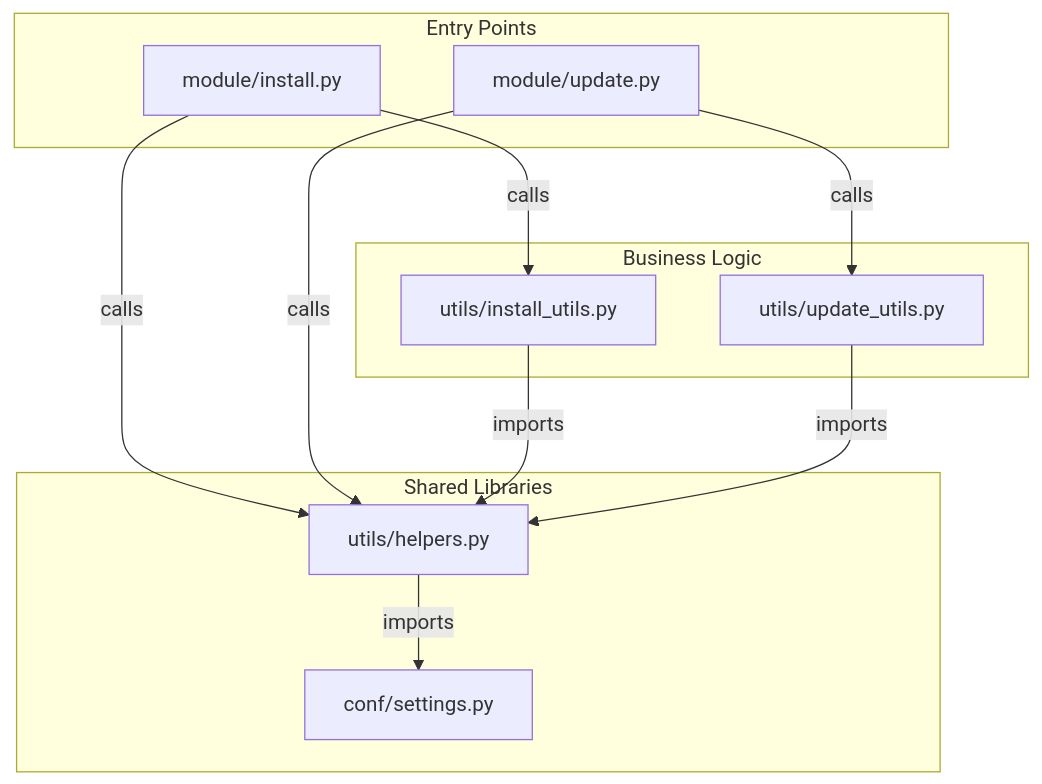
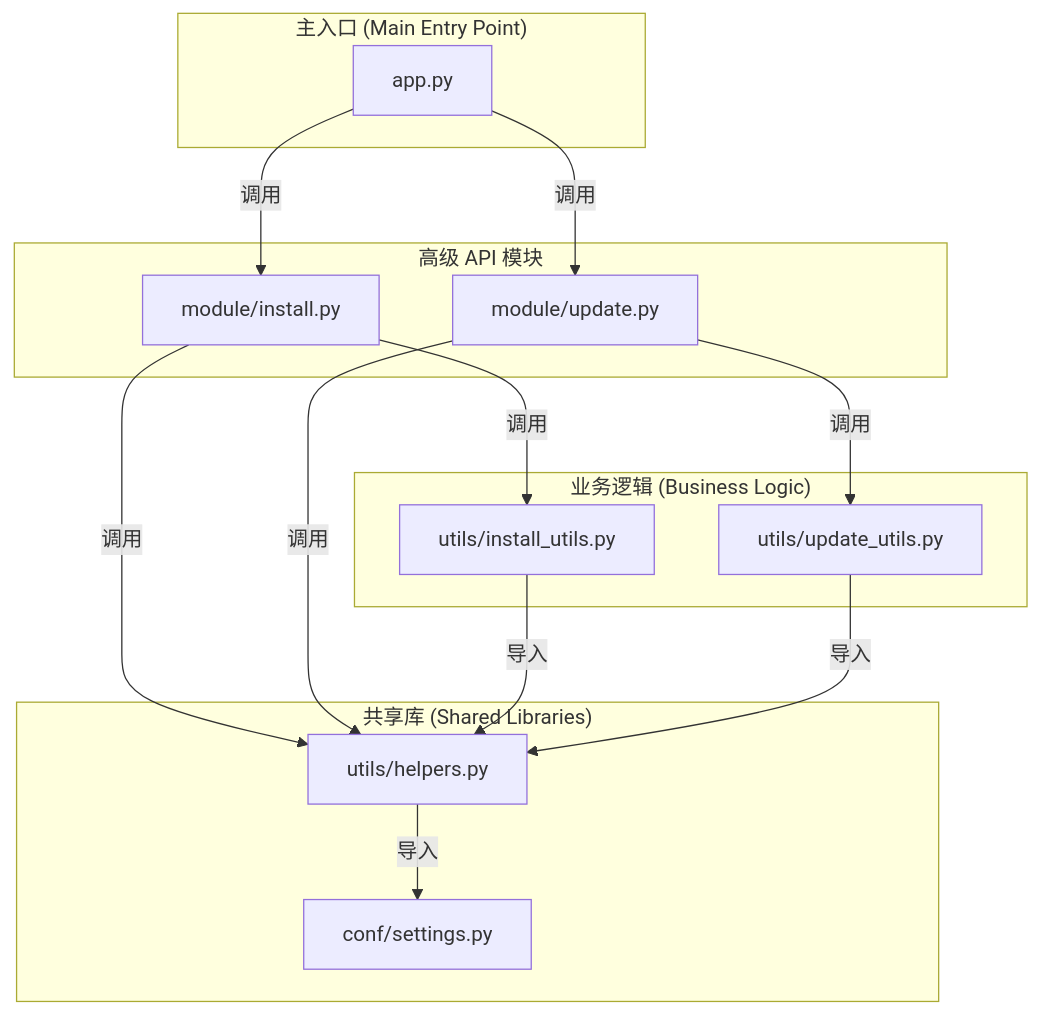
The diagram in develop.md (greenhandzdl/nekro-agent-toolkit), drawn with Mermaid before and after one commit. The commit also changed other lines of this file and 2 other files, not shown here.

````diff
--- a/develop.md
+++ b/develop.md
@@ -21,27 +24,34 @@
 ```mermaid
 graph TD
-    subgraph "Entry Points"
+    subgraph "主入口 (Main Entry Point)"
+        APP["app.py"];
+    end
+
+    subgraph "高级 API 模块"
         A["module/install.py"];
         B["module/update.py"];
     end
 
-    subgraph "Business Logic"
+    subgraph "业务逻辑 (Business Logic)"
         C["utils/install_utils.py"];
         D["utils/update_utils.py"];
     end
 
-    subgraph "Shared Libraries"
+    subgraph "共享库 (Shared Libraries)"
         E["utils/helpers.py"];
         F["conf/settings.py"];
     end
 
-    A -- calls --> C;
-    A -- calls --> E;
-    B -- calls --> D;
-    B -- calls --> E;
+    APP -- 调用 --> A;
+    APP -- 调用 --> B;
 
-    C -- imports --> E;
-    D -- imports --> E;
+    A -- 调用 --> C;
+    A -- 调用 --> E;
+    B -- 调用 --> D;
+    B -- 调用 --> E;
 
-    E -- imports --> F;
+    C -- 导入 --> E;
+    D -- 导入 --> E;
+
+    E -- 导入 --> F;
 ```
````
